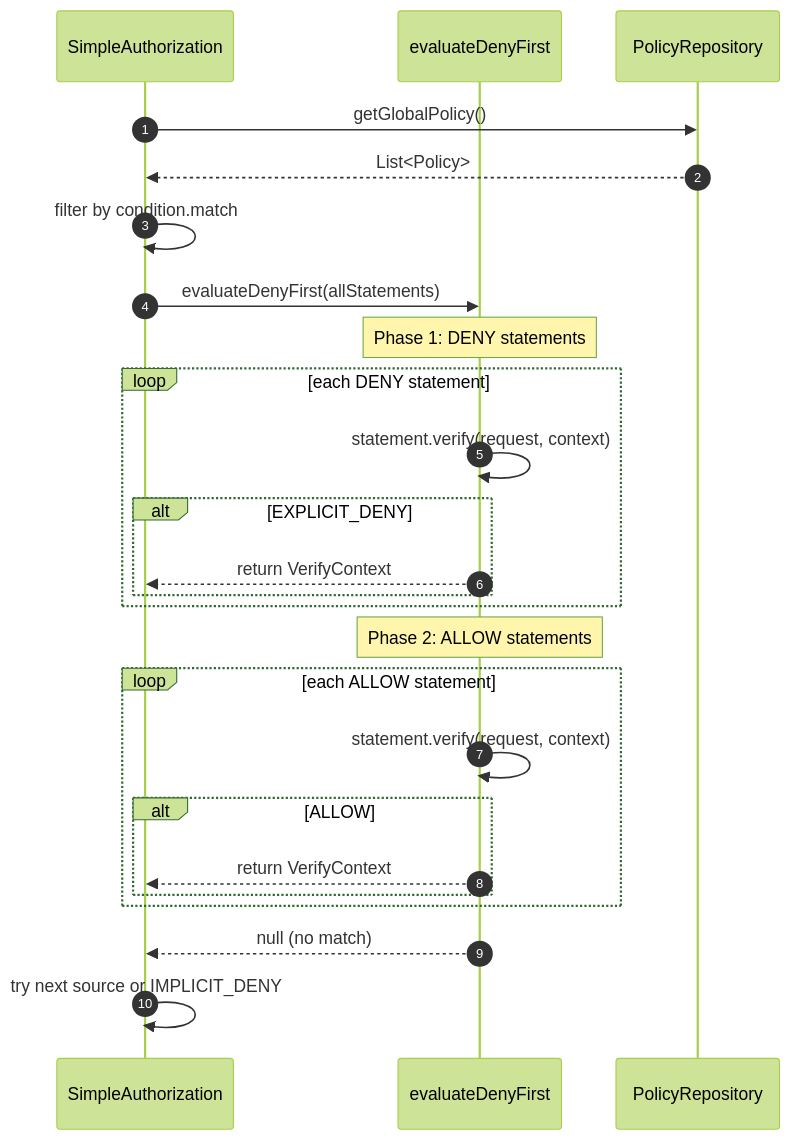
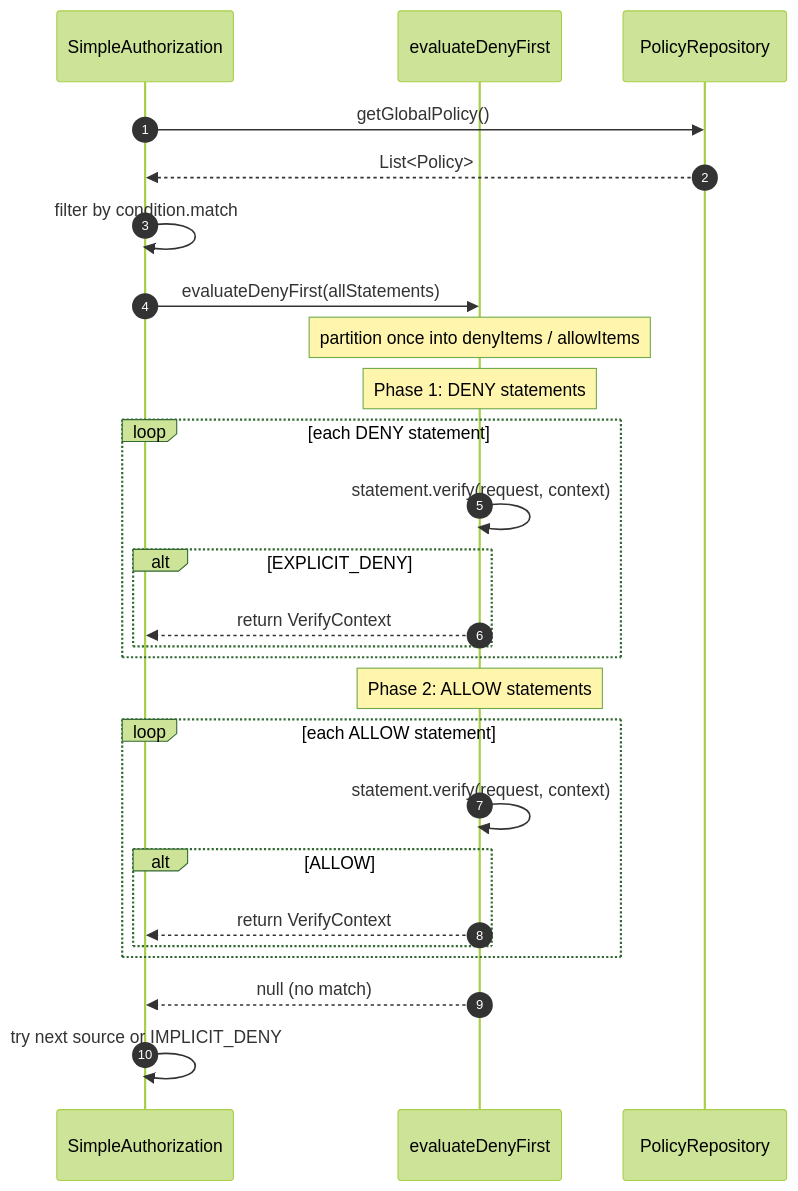
One commit to Ahoo-Wang/CoSec changed the second of 3 diagrams in wiki/deep-dive/authorization/authorization-flow.md. Above: the diagram before and after it, drawn with Mermaid (forest theme). The commit also changed other lines of this file and 59 other files, not shown here.

````diff
--- a/wiki/deep-dive/authorization/authorization-flow.md
+++ b/wiki/deep-dive/authorization/authorization-flow.md
@@ -129,29 +128,30 @@
 ```mermaid
 sequenceDiagram
     autonumber
     participant Auth as SimpleAuthorization
     participant Eval as evaluateDenyFirst
     participant Policy as PolicyRepository
 
     Auth->>Policy: getGlobalPolicy()
     Policy-->>Auth: List<Policy>
     Auth->>Auth: filter by condition.match
     Auth->>Eval: evaluateDenyFirst(allStatements)
+    Note over Eval: partition once into denyItems / allowItems
     Note over Eval: Phase 1: DENY statements
     loop each DENY statement
         Eval->>Eval: statement.verify(request, context)
         alt EXPLICIT_DENY
             Eval-->>Auth: return VerifyContext
         end
     end
     Note over Eval: Phase 2: ALLOW statements
     loop each ALLOW statement
         Eval->>Eval: statement.verify(request, context)
         alt ALLOW
             Eval-->>Auth: return VerifyContext
         end
     end
     Eval-->>Auth: null (no match)
     Auth->>Auth: try next source or IMPLICIT_DENY
 
 ```
````
